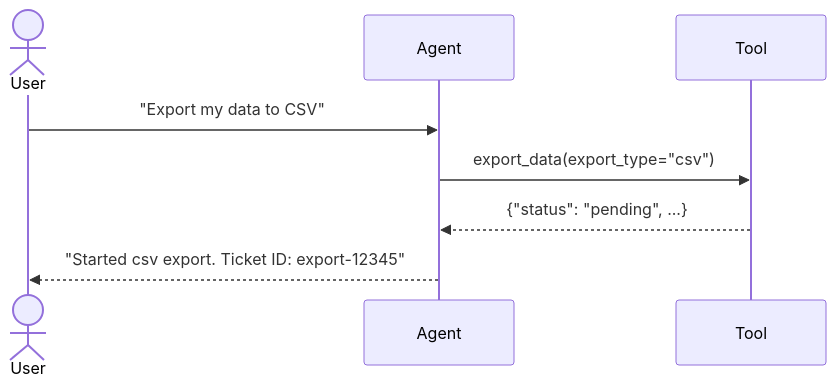
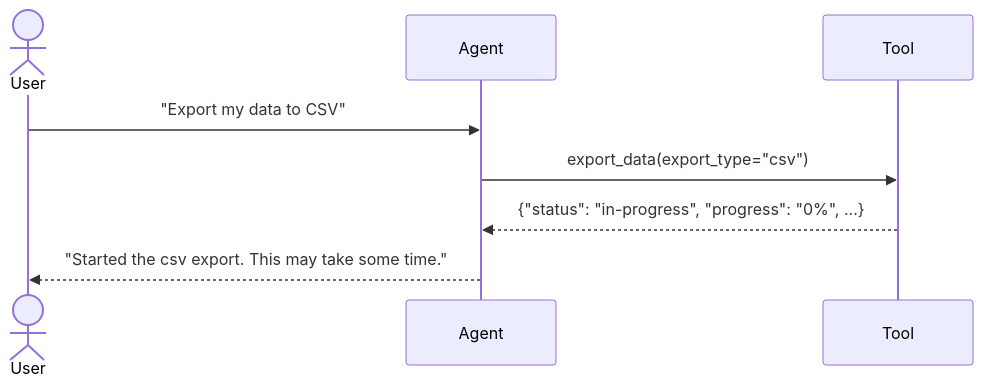
One commit to welcomelwd/every-skill changed the diagram in agent/workflows/google-adk-python/contributing/samples/tools/long_running_functions/README.md. Above: the diagram before and after it, drawn with Mermaid. The commit also changed 8308 other files, not shown here.

````diff
--- a/agent/workflows/google-adk-python/contributing/samples/tools/long_running_functions/README.md
+++ b/agent/workflows/google-adk-python/contributing/samples/tools/long_running_functions/README.md
@@ -19,11 +19,11 @@
 ```mermaid
 sequenceDiagram
     actor User
     participant Agent
     participant Tool
 
     User->>Agent: "Export my data to CSV"
     Agent->>Tool: export_data(export_type="csv")
-    Tool-->>Agent: {"status": "pending", ...}
-    Agent-->>User: "Started csv export. Ticket ID: export-12345"
+    Tool-->>Agent: {"status": "in-progress", "progress": "0%", ...}
+    Agent-->>User: "Started the csv export. This may take some time."
 ```
````
